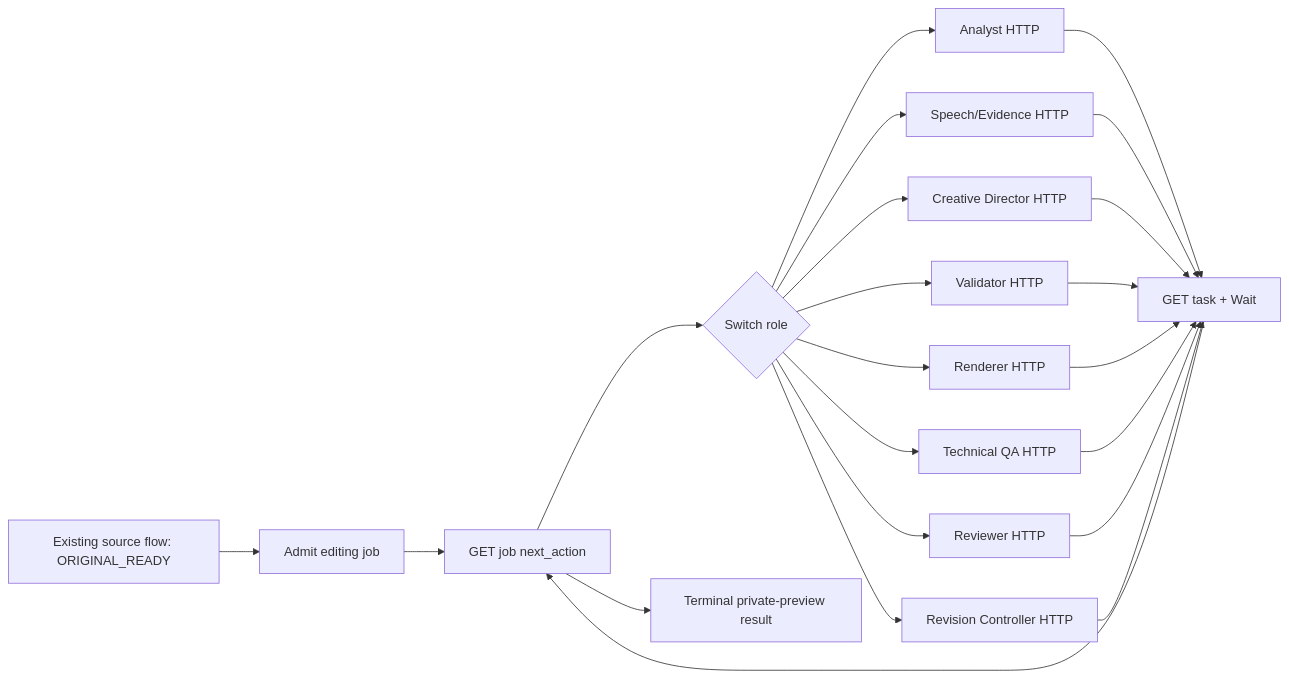
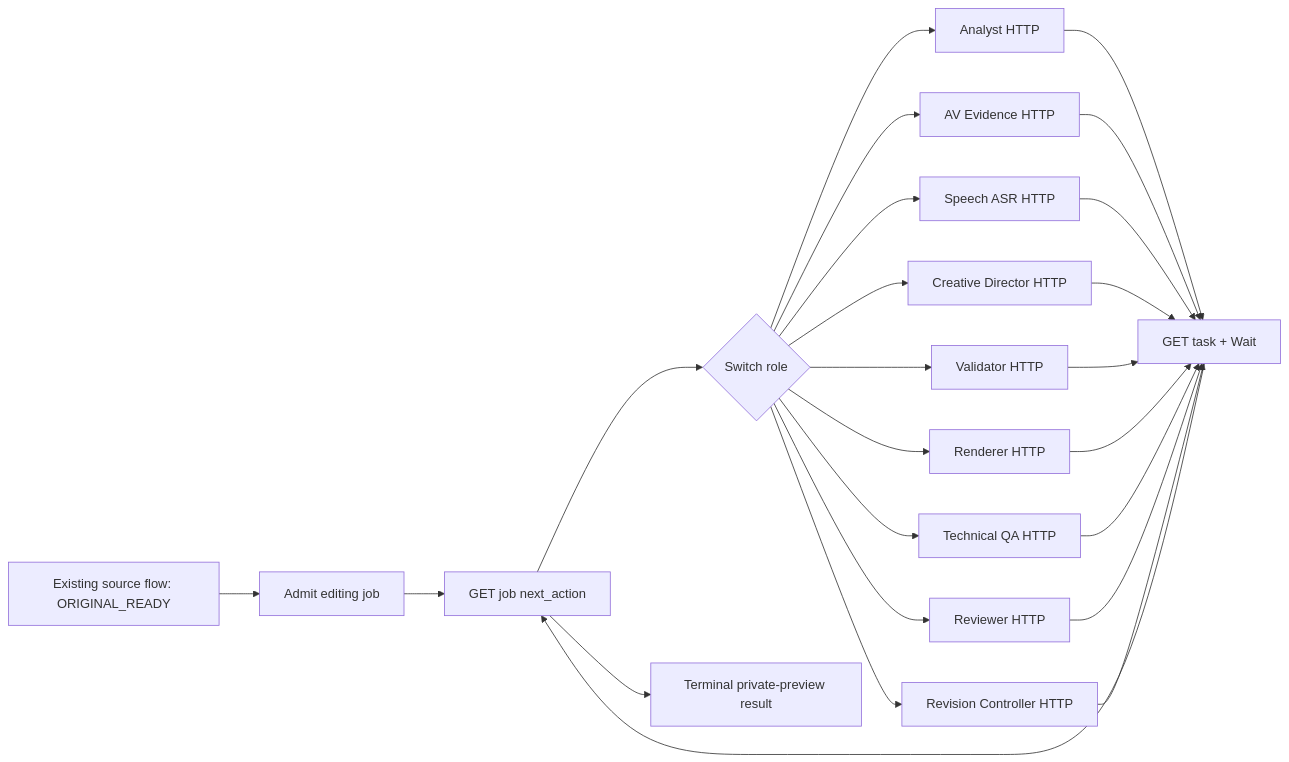
One commit to nndoo/mandala-autoclipper-ai changed the diagram in docs/stage62/role-endpoint-map.md. Above: the diagram before and after it, drawn with Mermaid. The commit also changed other lines of this file and 26 other files, not shown here.

````diff
--- a/docs/stage62/role-endpoint-map.md
+++ b/docs/stage62/role-endpoint-map.md
@@ -138,17 +150,18 @@
 ```mermaid
 flowchart LR
   S[Existing source flow: ORIGINAL_READY] --> J[Admit editing job]
   J --> Q[GET job next_action]
   Q --> D{Switch role}
   D --> A[Analyst HTTP]
-  D --> E[Speech/Evidence HTTP]
+  D --> E[AV Evidence HTTP]
+  D --> S2[Speech ASR HTTP]
   D --> C[Creative Director HTTP]
   D --> V[Validator HTTP]
   D --> R[Renderer HTTP]
   D --> T[Technical QA HTTP]
   D --> M[Reviewer HTTP]
   D --> X[Revision Controller HTTP]
-  A & E & C & V & R & T & M & X --> P[GET task + Wait]
+  A & E & S2 & C & V & R & T & M & X --> P[GET task + Wait]
   P --> Q
   Q --> F[Terminal private-preview result]
 ```
````
